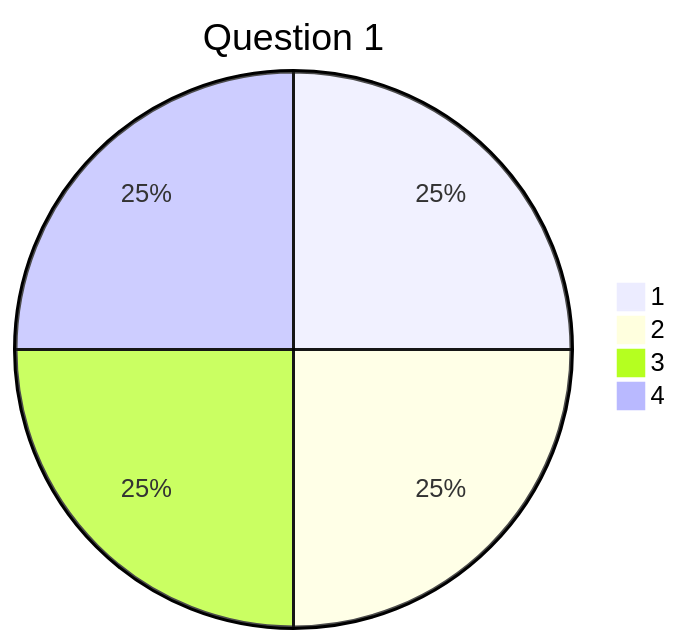
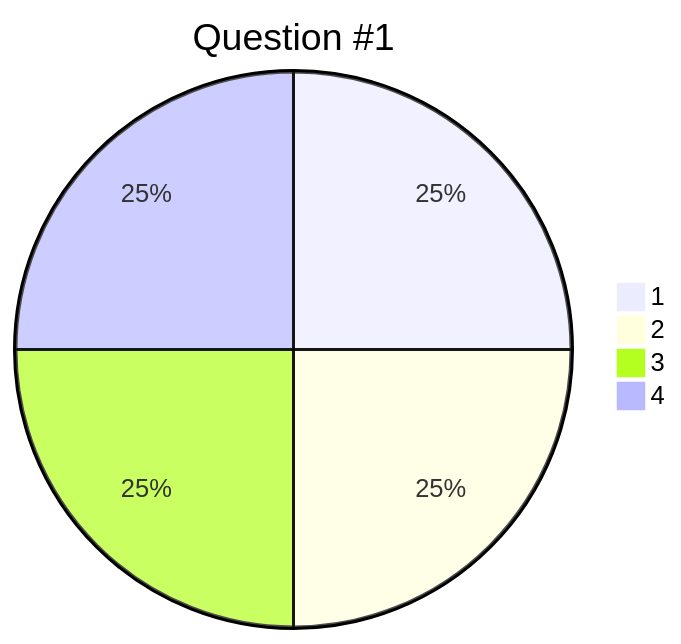
The diagram in 11_aws_demos/README.md (alonitac/DevOpsJan22), drawn with Mermaid before and after one commit.

Commit message:
aws demos

````diff
--- a/11_aws_demos/README.md
+++ b/11_aws_demos/README.md
@@ -24,8 +24,8 @@
 ```mermaid
-pie
-    title Question 1
+pie 
+    title Question #1
     "1" : 100
     "2" : 100
     "3" : 100 
     "4" : 100 
 ```
````
